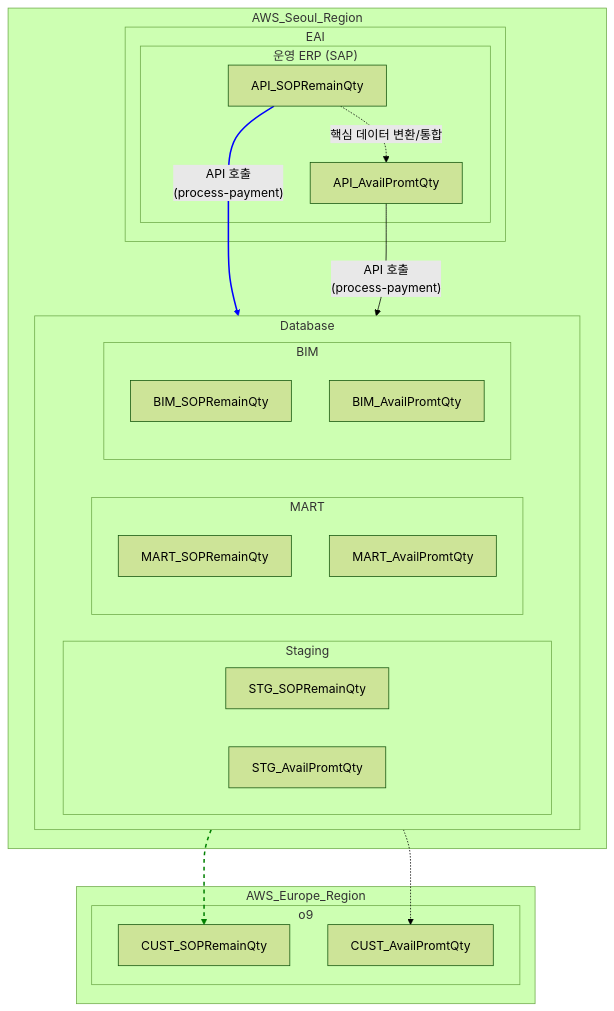
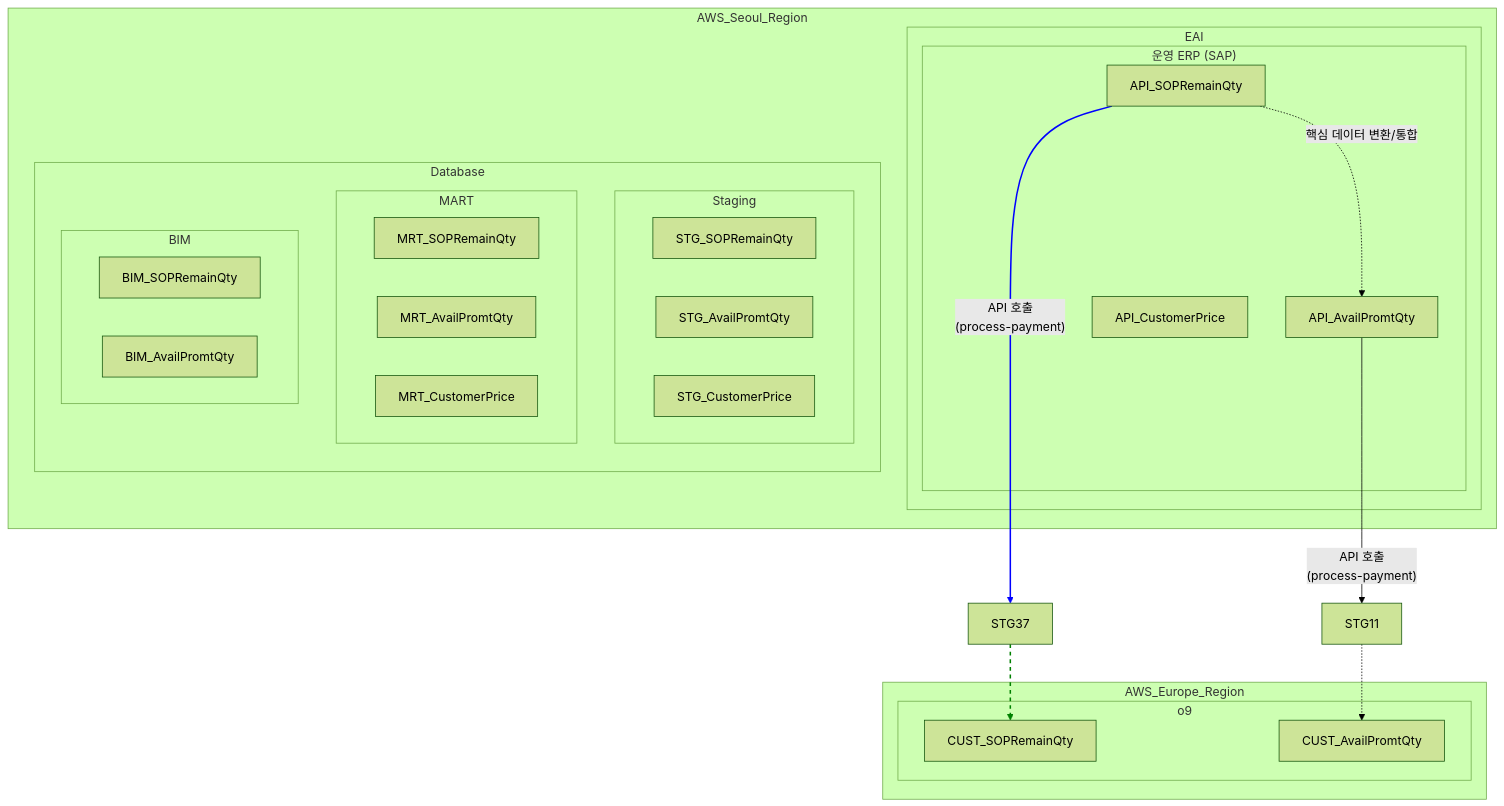
One commit to eugenekim-ds/train-mermaid changed the diagram in mmmm.mmd. Above: the diagram before and after it, drawn with Mermaid (forest theme).

```diff
--- a/mmmm.mmd
+++ b/mmmm.mmd
@@ -1,47 +1,51 @@
 graph TD
  
   %% 다이어그램
   subgraph subGraph6 ["AWS_Seoul_Region"]
     subgraph EAI ["EAI"]
       subgraph SAP ["운영 ERP (SAP)"]
         APC37["API_SOPRemainQty"]
         APC11["API_AvailPromtQty"]
+        APC35["API_CustomerPrice"]
       end
     end
     subgraph Database ["Database"]
-      direction LR
+      direction TB
       subgraph Schema_Staging["Staging"]
-        STG37["STG_SOPRemainQty"]
-        STG11["STG_AvailPromtQty"]
+        STGCP37["STG_SOPRemainQty"]
+        STGCP11["STG_AvailPromtQty"]
+        STGCP35["STG_CustomerPrice"]
       end
       subgraph Schema_MART ["MART"]
-        MART37["MART_SOPRemainQty"]
-        MART11["MART_AvailPromtQty"]
+        MRTCP37["MRT_SOPRemainQty"]
+        MRTCP11["MRT_AvailPromtQty"]
+        MRTCP35["MRT_CustomerPrice"]
       end
       subgraph Schema_BIM ["BIM"]
         BIM37["BIM_SOPRemainQty"]
         BIM11["BIM_AvailPromtQty"]
+        MRTCP35["MRT_CustomerPrice"]
       end
     end
   end
   subgraph subGraph8 ["AWS_Europe_Region"]
     subgraph o9 ["o9"]
       CUST37["CUST_SOPRemainQty"]
       CUST11["CUST_AvailPromtQty"]
     end
   end
 
   
 
   %% 스타일 0
   APC37 -- "API 호출<br>(process-payment)" --> STG37 -.-> CUST37
   APC11 -- "API 호출<br>(process-payment)" --> STG11 -.-> CUST11
 
   %% 스타일 1
   APC37 -. "핵심 데이터 변환/통합" .-> APC11
  
 
 
   %% 스타일 정의 (선택 사항)
   linkStyle 0 stroke:blue,stroke-width:2px;
   linkStyle 1 stroke:green,stroke-width:2px,stroke-dasharray: 5 5;
```
